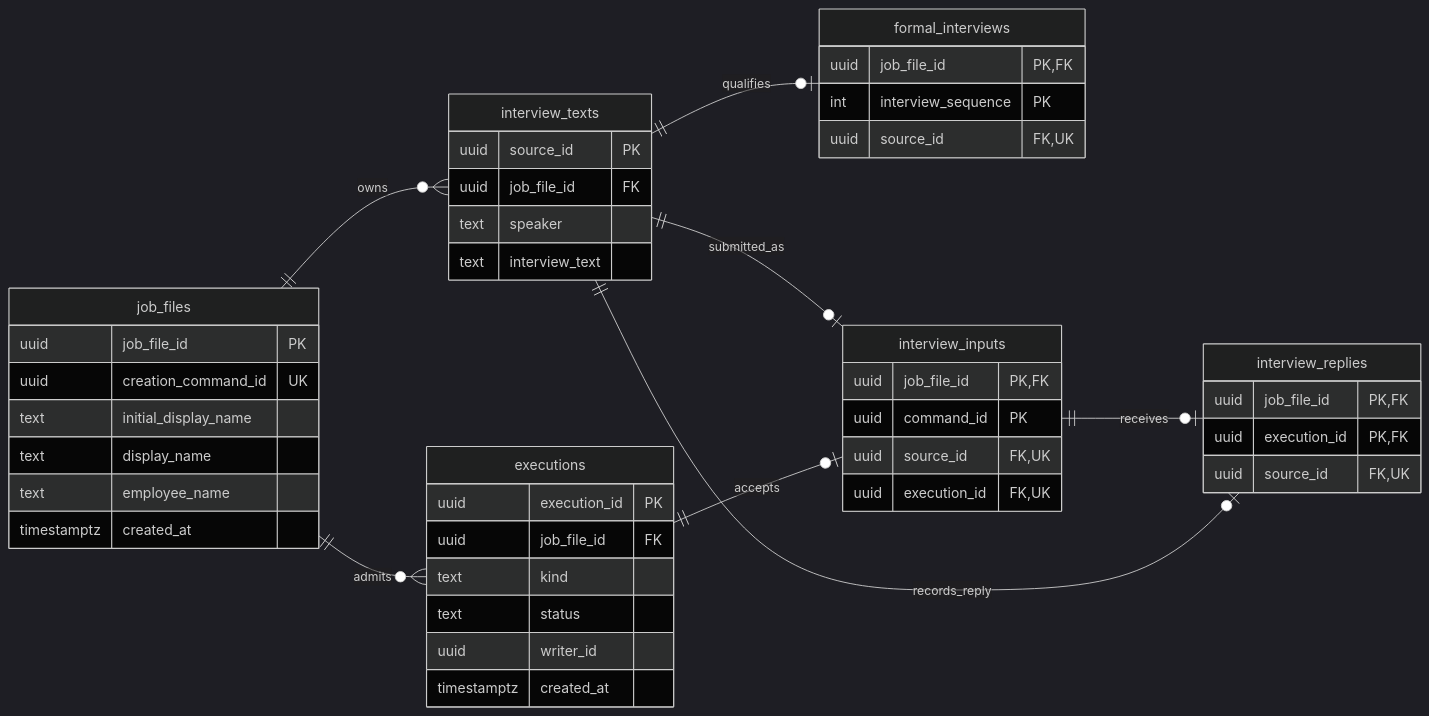
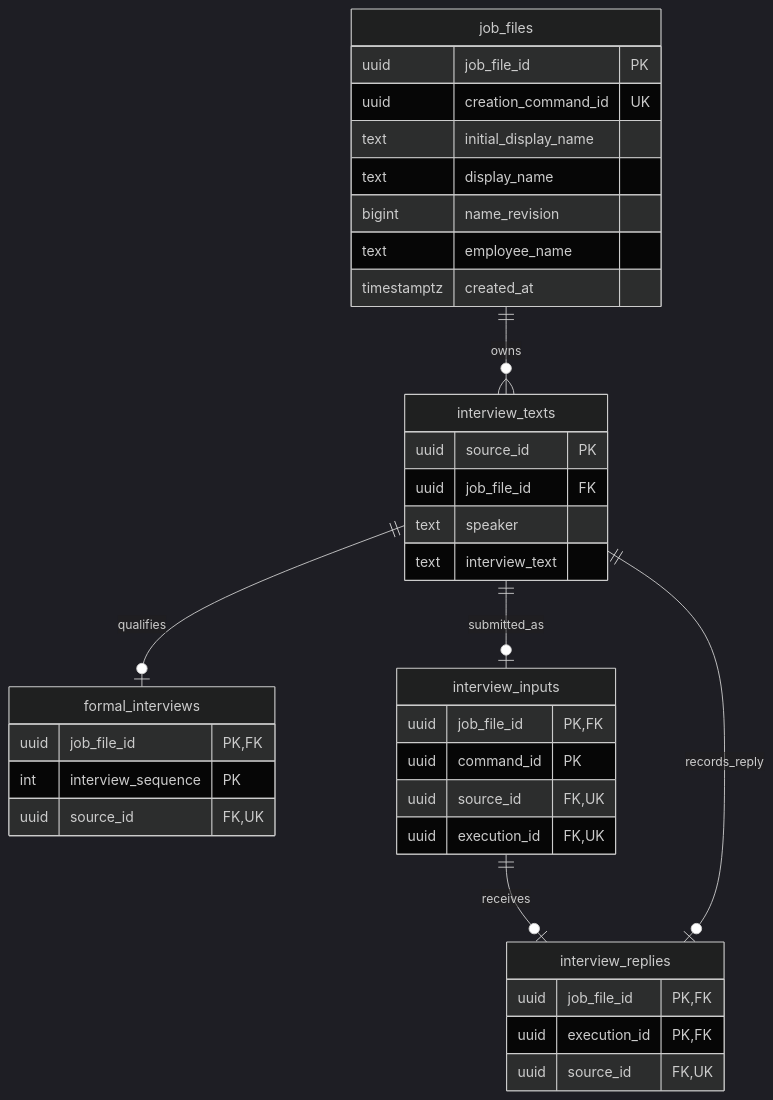
One commit to JD-Consultant/Caliburn changed the first of 2 diagrams in docs/implementation/interview-storage.md. Above: the diagram before and after it, drawn with Mermaid (dark theme). The commit also changed other lines of this file and 26 other files, not shown here.

````diff
--- a/docs/implementation/interview-storage.md
+++ b/docs/implementation/interview-storage.md
@@ -11,49 +13,40 @@
 ```mermaid
 erDiagram
-  direction LR
+  direction TB
   job_files ||--o{ interview_texts : owns
-  job_files ||--o{ executions : admits
   interview_texts ||--o| formal_interviews : qualifies
   interview_texts ||--o| interview_inputs : submitted_as
-  executions ||--o| interview_inputs : accepts
   interview_inputs ||--o| interview_replies : receives
   interview_texts ||--o| interview_replies : records_reply
   job_files {
     uuid job_file_id PK
     uuid creation_command_id UK
     text initial_display_name
     text display_name
+    bigint name_revision
     text employee_name
     timestamptz created_at
   }
   interview_texts {
     uuid source_id PK
     uuid job_file_id FK
     text speaker
     text interview_text
   }
   formal_interviews {
     uuid job_file_id PK,FK
     int interview_sequence PK
     uuid source_id FK,UK
   }
-  executions {
-    uuid execution_id PK
-    uuid job_file_id FK
-    text kind
-    text status
-    uuid writer_id
-    timestamptz created_at
-  }
   interview_inputs {
     uuid job_file_id PK,FK
     uuid command_id PK
     uuid source_id FK,UK
     uuid execution_id FK,UK
   }
   interview_replies {
     uuid job_file_id PK,FK
     uuid execution_id PK,FK
     uuid source_id FK,UK
   }
 ```
````
